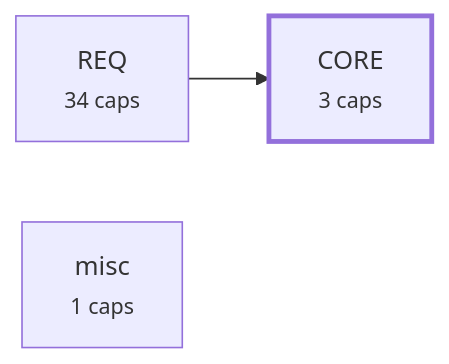
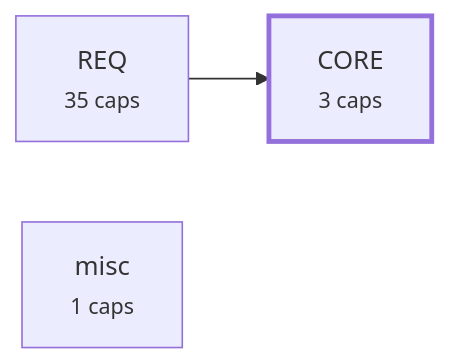
The third of 4 diagrams in plugin/requirements/_map.md (alxmax/Requirement-manager), drawn with Mermaid before and after one commit. The commit also changed other lines of this file and 6 other files, not shown here.

````diff
--- a/plugin/requirements/_map.md
+++ b/plugin/requirements/_map.md
@@ -281,8 +288,8 @@
 ```mermaid
 graph LR
   a_CORE["CORE<br><small>3 caps</small>"]
-  a_REQ["REQ<br><small>34 caps</small>"]
+  a_REQ["REQ<br><small>35 caps</small>"]
   a_misc["misc<br><small>1 caps</small>"]
   a_REQ --> a_CORE
   style a_CORE stroke-width:3px
 ```
````
